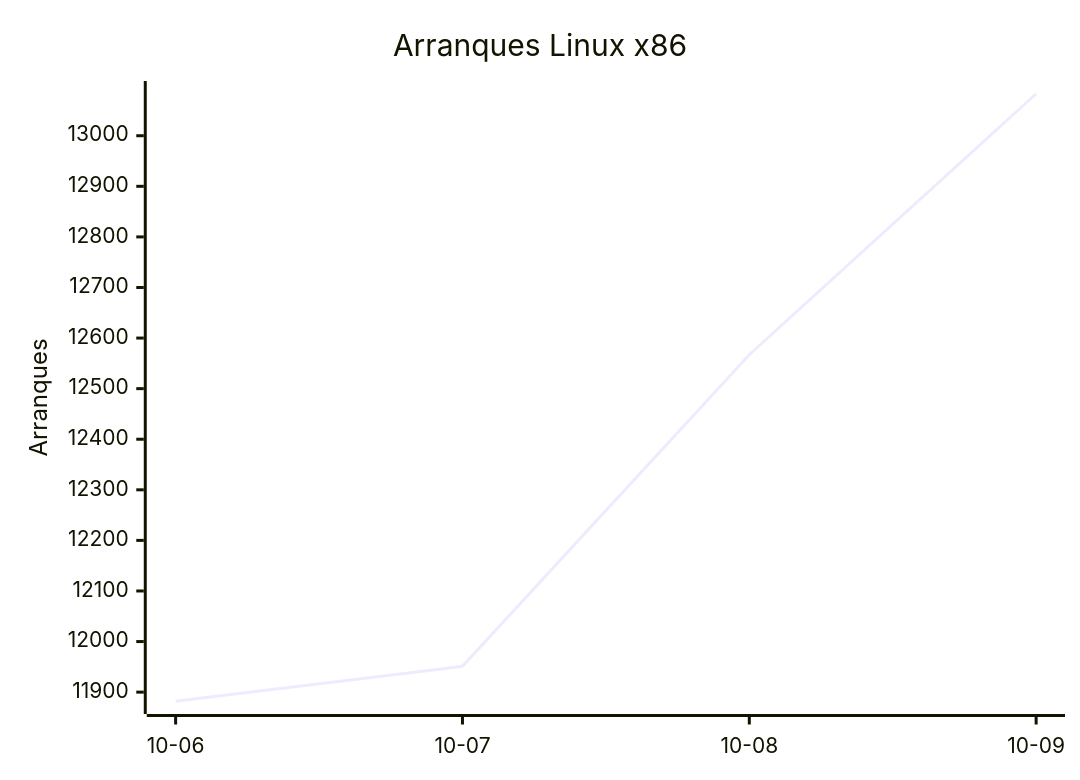
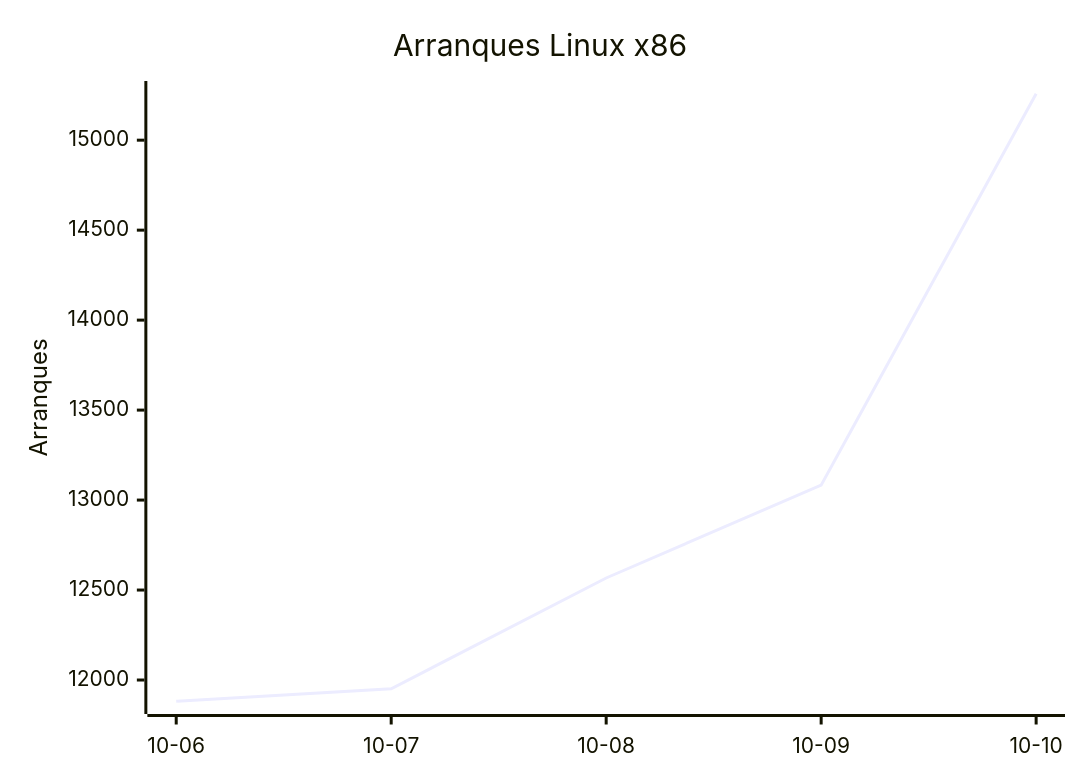
One commit to EmuDeck/stats changed the first of 8 diagrams in README.md. Above: the diagram before and after it, drawn with Mermaid. The commit also changed other lines of this file and 2 other files, not shown here.

````diff
--- a/README.md
+++ b/README.md
@@ -18,7 +18,7 @@
 ```mermaid
 xychart-beta
     title "Arranques Linux x86"
-    x-axis ["10-06", "10-07", "10-08", "10-09"]
+    x-axis ["10-06", "10-07", "10-08", "10-09", "10-10"]
     y-axis "Arranques"
-    line [11882, 11951, 12567, 13083]
+    line [11882, 11951, 12567, 13083, 15258]
 ```
````
